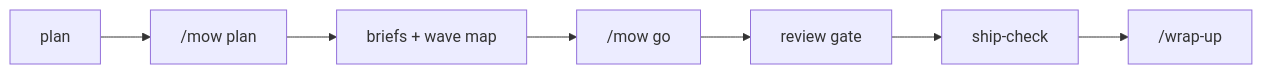
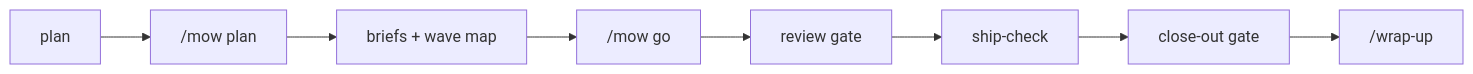
One commit to ozanozcan/ai-wow changed the second of 2 diagrams in README.md. Above: the diagram before and after it, drawn with Mermaid. The commit also changed other lines of this file and 5 other files, not shown here.

First line of the commit message:
Docs: retire the stale claims, and document the close-out gate

````diff
--- a/README.md
+++ b/README.md
@@ -130,5 +137,6 @@
 ```mermaid
 flowchart LR
   T["plan"] --> MP["/mow plan"] --> D["briefs + wave map"]
-  D --> GO["/mow go"] --> R["review gate"] --> S["ship-check"] --> W["/wrap-up"]
+  D --> GO["/mow go"] --> R["review gate"] --> S["ship-check"]
+  S --> CO["close-out gate"] --> W["/wrap-up"]
 ```
````
